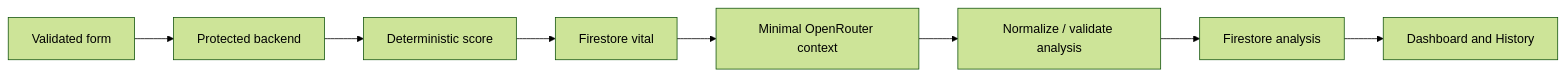
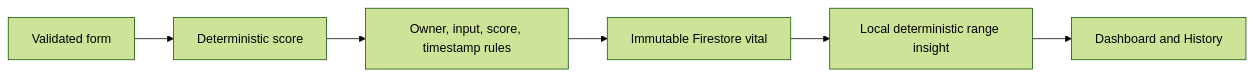
One commit to kyaw-hlaing-soe-dev/Care-AI changed the second of 2 diagrams in specs/02-architecture/data-flow.md. Above: the diagram before and after it, drawn with Mermaid (forest theme). The commit also changed other lines of this file and 32 other files, not shown here.

Commit message:
docs: define Spark Firestore architecture

````diff
--- a/specs/02-architecture/data-flow.md
+++ b/specs/02-architecture/data-flow.md
@@ -23,10 +23,8 @@
 ```mermaid
 flowchart LR
-  F[Validated form] --> B[Protected backend]
-  B --> S[Deterministic score]
-  S --> R[Firestore vital]
-  R --> O[Minimal OpenRouter context]
-  O --> N[Normalize / validate analysis]
-  N --> A[Firestore analysis]
-  A --> D[Dashboard and History]
+  F[Validated form] --> S[Deterministic score]
+  S --> R[Owner, input, score, timestamp rules]
+  R --> V[Immutable Firestore vital]
+  V --> I[Local deterministic range insight]
+  I --> D[Dashboard and History]
 ```
````
